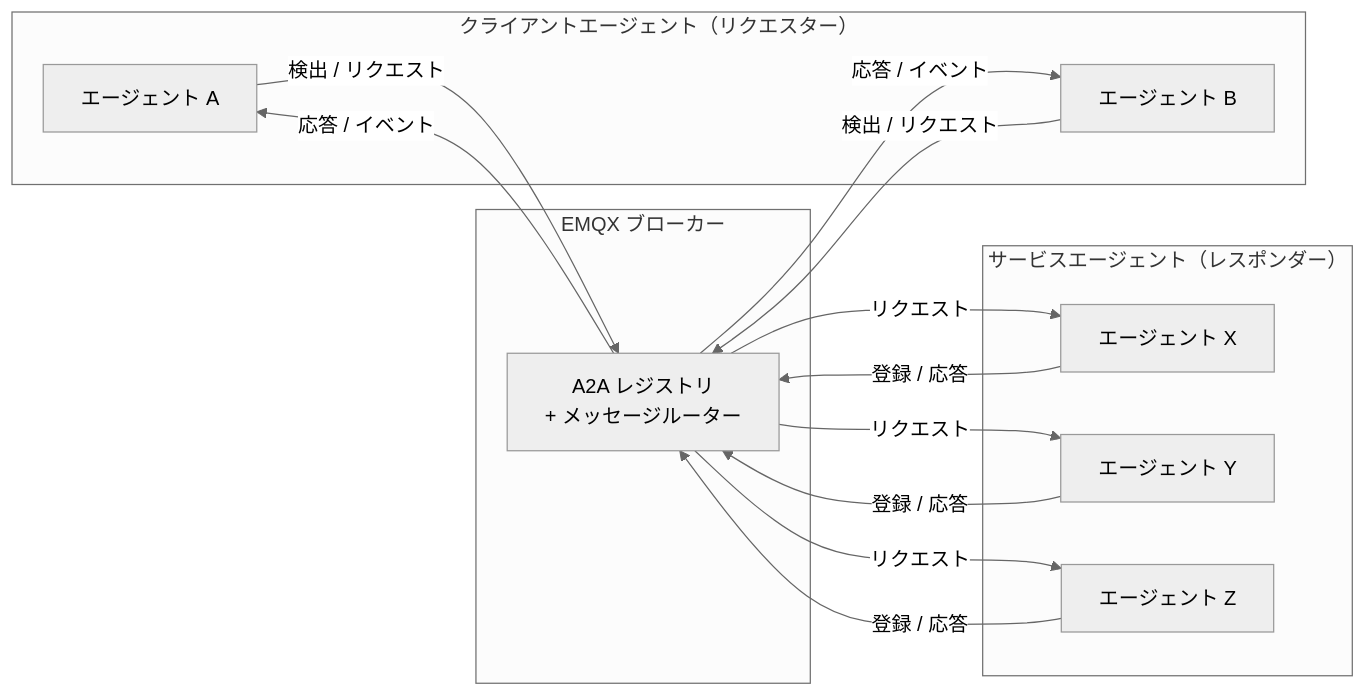
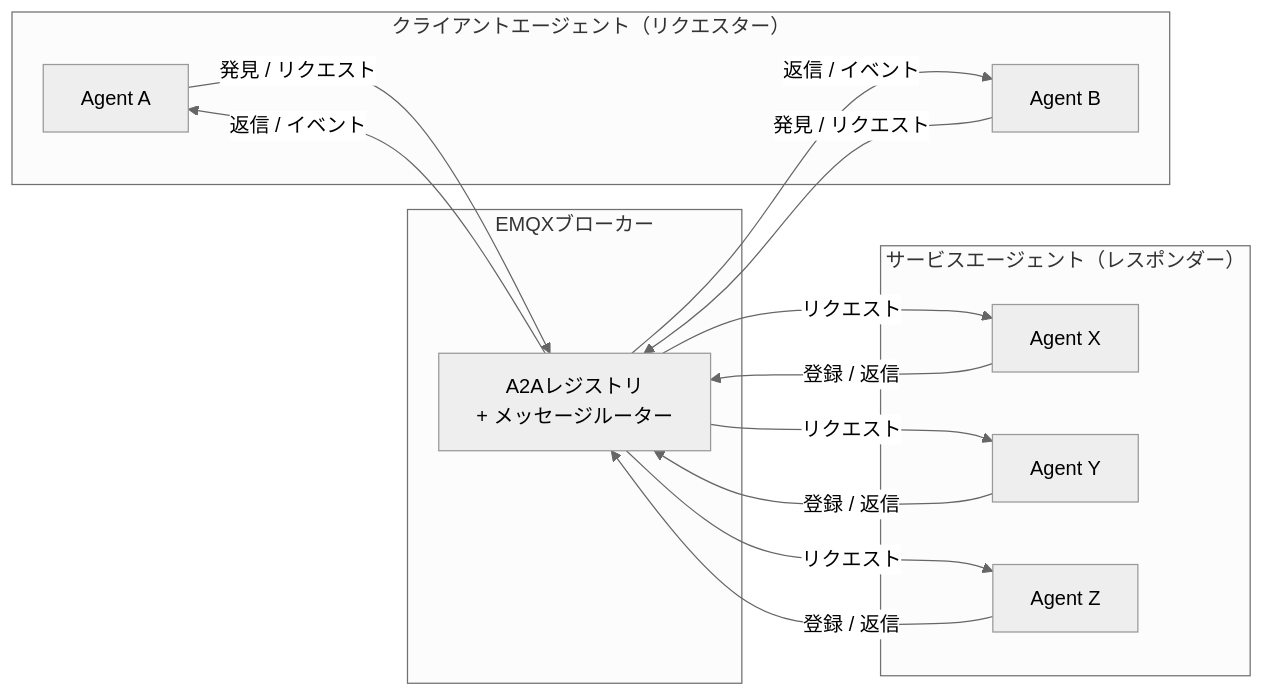
Before and after one commit to emqx/emqx-docs: the first of 2 diagrams in ja_JP/emqx-ai/a2a-over-mqtt/architecture.md, drawn with Mermaid (neutral theme). The commit also changed other lines of this file and 45 other files, not shown here.

````diff
--- a/ja_JP/emqx-ai/a2a-over-mqtt/architecture.md
+++ b/ja_JP/emqx-ai/a2a-over-mqtt/architecture.md
@@ -13,28 +13,28 @@
 ```mermaid
 graph LR
     subgraph "クライアントエージェント（リクエスター）"
-        CA1[エージェント A]
-        CA2[エージェント B]
+        CA1[Agent A]
+        CA2[Agent B]
     end
 
-    subgraph "EMQX ブローカー"
-        B[A2A レジストリ\n+ メッセージルーター]
+    subgraph "EMQXブローカー"
+        B[A2Aレジストリ\n+ メッセージルーター]
     end
 
     subgraph "サービスエージェント（レスポンダー）"
-        SA1[エージェント X]
-        SA2[エージェント Y]
-        SA3[エージェント Z]
+        SA1[Agent X]
+        SA2[Agent Y]
+        SA3[Agent Z]
     end
 
-    CA1 -- "検出 / リクエスト" --> B
-    CA2 -- "検出 / リクエスト" --> B
-    B -- "応答 / イベント" --> CA1
-    B -- "応答 / イベント" --> CA2
+    CA1 -- "発見 / リクエスト" --> B
+    CA2 -- "発見 / リクエスト" --> B
+    B -- "返信 / イベント" --> CA1
+    B -- "返信 / イベント" --> CA2
     B -- "リクエスト" --> SA1
     B -- "リクエスト" --> SA2
     B -- "リクエスト" --> SA3
-    SA1 -- "登録 / 応答" --> B
-    SA2 -- "登録 / 応答" --> B
-    SA3 -- "登録 / 応答" --> B
+    SA1 -- "登録 / 返信" --> B
+    SA2 -- "登録 / 返信" --> B
+    SA3 -- "登録 / 返信" --> B
 ```
````
